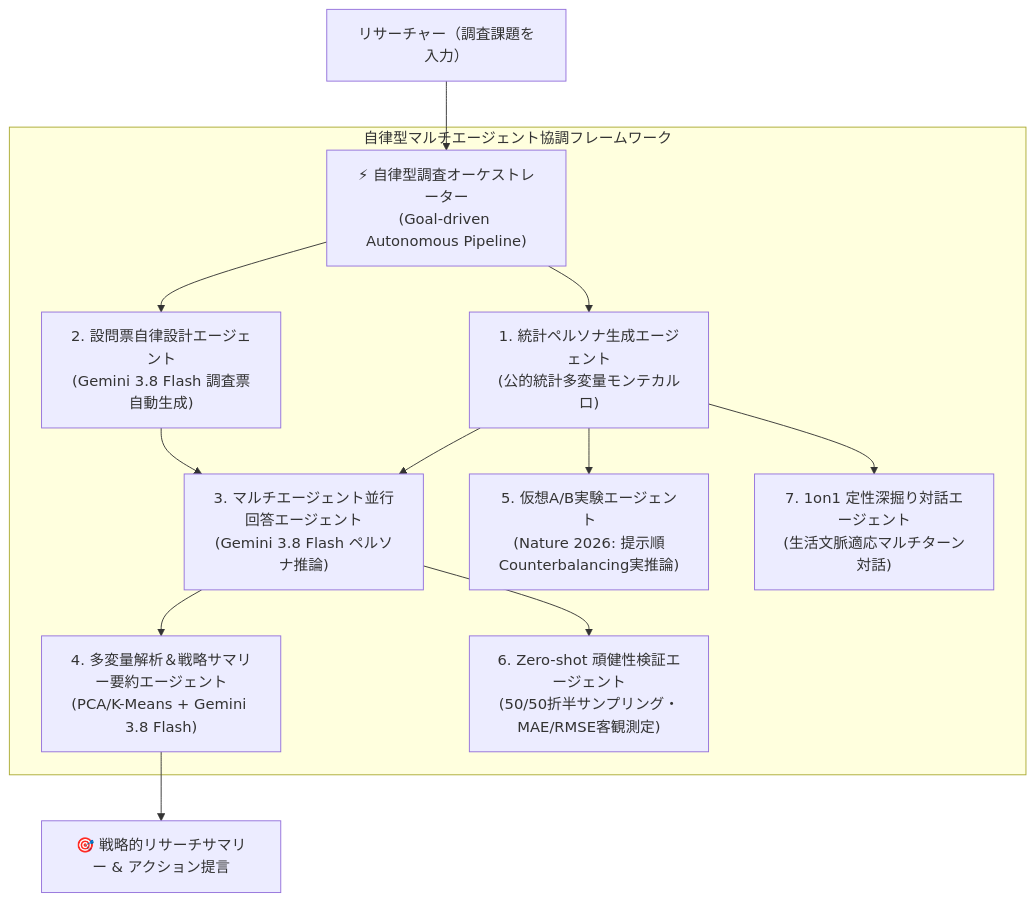
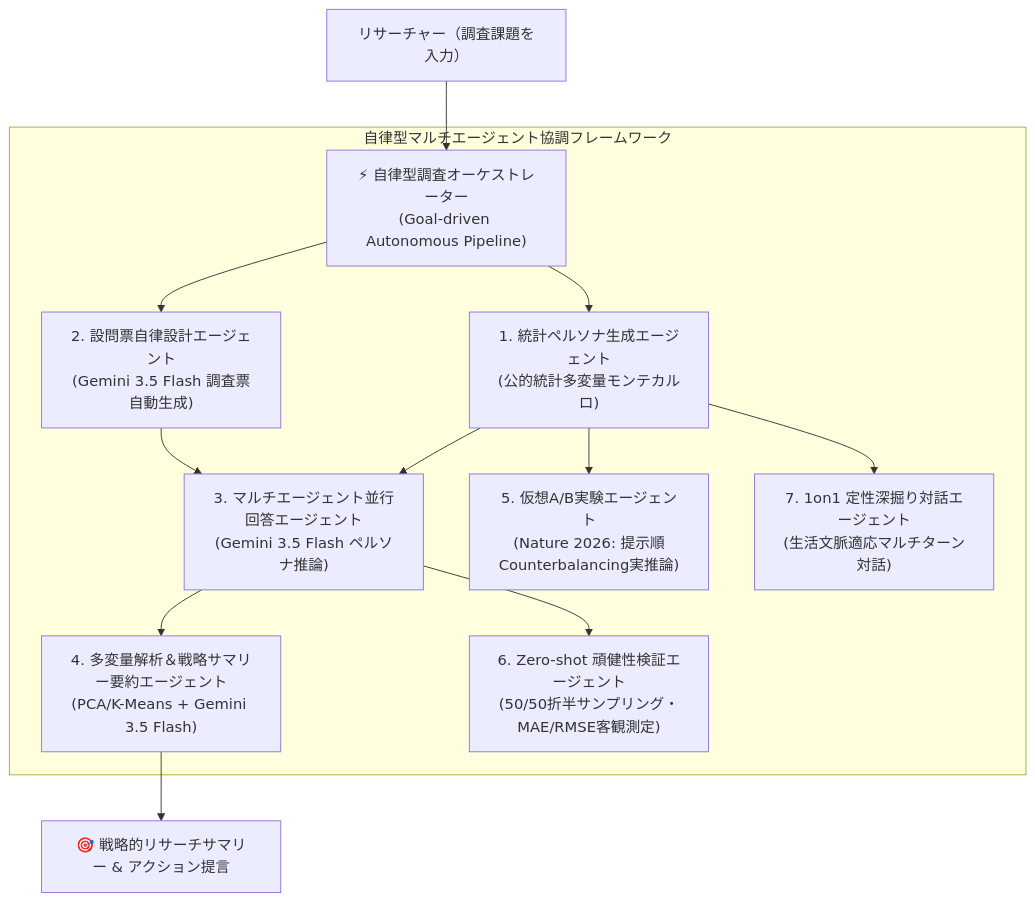
Before and after one commit to otomamayikuyorih/ai-consumer-research-simulator: the diagram in README.md, drawn with Mermaid. The commit also changed other lines of this file and 12 other files, not shown here.

Commit message:
feat: migrate inference model to gemini-3.5-flash on Vertex AI Tokyo with full observability

````diff
--- a/README.md
+++ b/README.md
@@ -65,14 +65,14 @@
 ```mermaid
 flowchart TD
     User["リサーチャー（調査課題を入力）"] --> Orch["⚡ 自律型調査オーケストレーター<br/>(Goal-driven Autonomous Pipeline)"]
     subgraph Agents["自律型マルチエージェント協調フレームワーク"]
         Orch --> A1["1. 統計ペルソナ生成エージェント<br/>(公的統計多変量モンテカルロ)"]
-        Orch --> A2["2. 設問票自律設計エージェント<br/>(Gemini 3.8 Flash 調査票自動生成)"]
-        A1 & A2 --> A3["3. マルチエージェント並行回答エージェント<br/>(Gemini 3.8 Flash ペルソナ推論)"]
-        A3 --> A4["4. 多変量解析＆戦略サマリー要約エージェント<br/>(PCA/K-Means + Gemini 3.8 Flash)"]
+        Orch --> A2["2. 設問票自律設計エージェント<br/>(Gemini 3.5 Flash 調査票自動生成)"]
+        A1 & A2 --> A3["3. マルチエージェント並行回答エージェント<br/>(Gemini 3.5 Flash ペルソナ推論)"]
+        A3 --> A4["4. 多変量解析＆戦略サマリー要約エージェント<br/>(PCA/K-Means + Gemini 3.5 Flash)"]
         A1 --> A5["5. 仮想A/B実験エージェント<br/>(Nature 2026: 提示順Counterbalancing実推論)"]
         A3 --> A6["6. Zero-shot 頑健性検証エージェント<br/>(50/50折半サンプリング・MAE/RMSE客観測定)"]
         A1 --> A7["7. 1on1 定性深掘り対話エージェント<br/>(生活文脈適応マルチターン対話)"]
     end
     A4 --> ExecutiveSummary["🎯 戦略的リサーチサマリー & アクション提言"]
 ```
````
